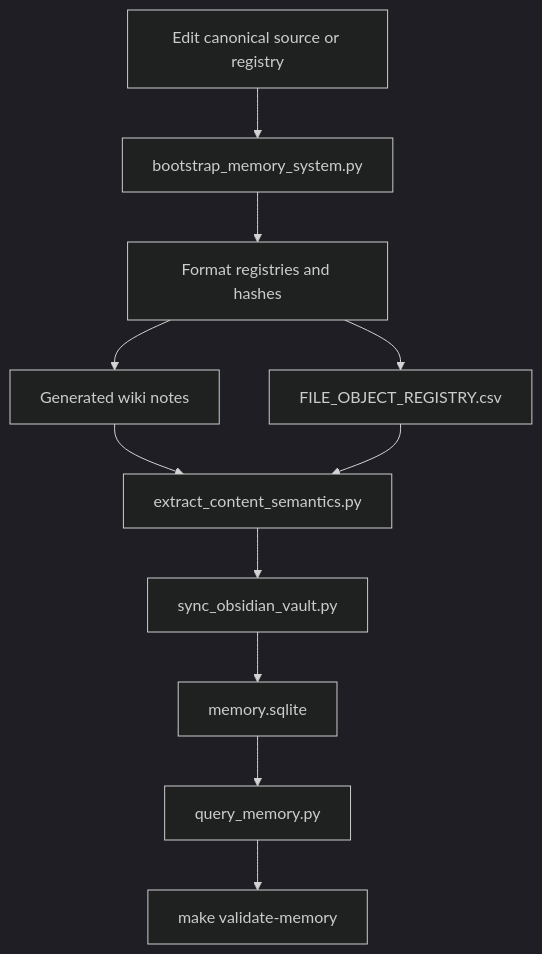
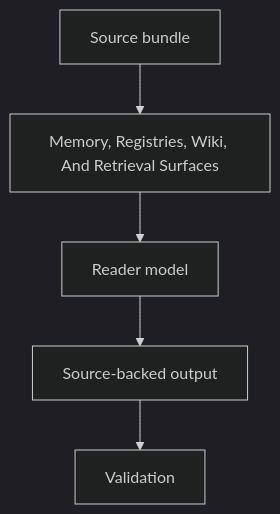
The diagram in github-facing/memory-system-explainer.md (AngryOwlAI/The-AEther-Flow), drawn with Mermaid (dark theme) before and after one commit. The commit also changed other lines of this file and 197 other files, not shown here.

````diff
--- a/github-facing/memory-system-explainer.md
+++ b/github-facing/memory-system-explainer.md
@@ -55,13 +16,7 @@
 ```mermaid
 flowchart TD
-  Edit["Edit canonical source or registry"] --> Bootstrap["bootstrap_memory_system.py"]
-  Bootstrap --> FormatRegistries["Format registries and hashes"]
-  FormatRegistries --> WikiNotes["Generated wiki notes"]
-  FormatRegistries --> Master["FILE_OBJECT_REGISTRY.csv"]
-  WikiNotes --> Semantics["extract_content_semantics.py"]
-  Master --> Semantics
-  Semantics --> Vault["sync_obsidian_vault.py"]
-  Vault --> Index["memory.sqlite"]
-  Index --> Query["query_memory.py"]
-  Query --> Validate["make validate-memory"]
+  A["Source bundle"] --> B["Memory, Registries, Wiki, And Retrieval Surfaces"]
+  B["Memory, Registries, Wiki, And Retrieval Surfaces"] --> C["Reader model"]
+  C["Reader model"] --> D["Source-backed output"]
+  D["Source-backed output"] --> E["Validation"]
 ```
````
